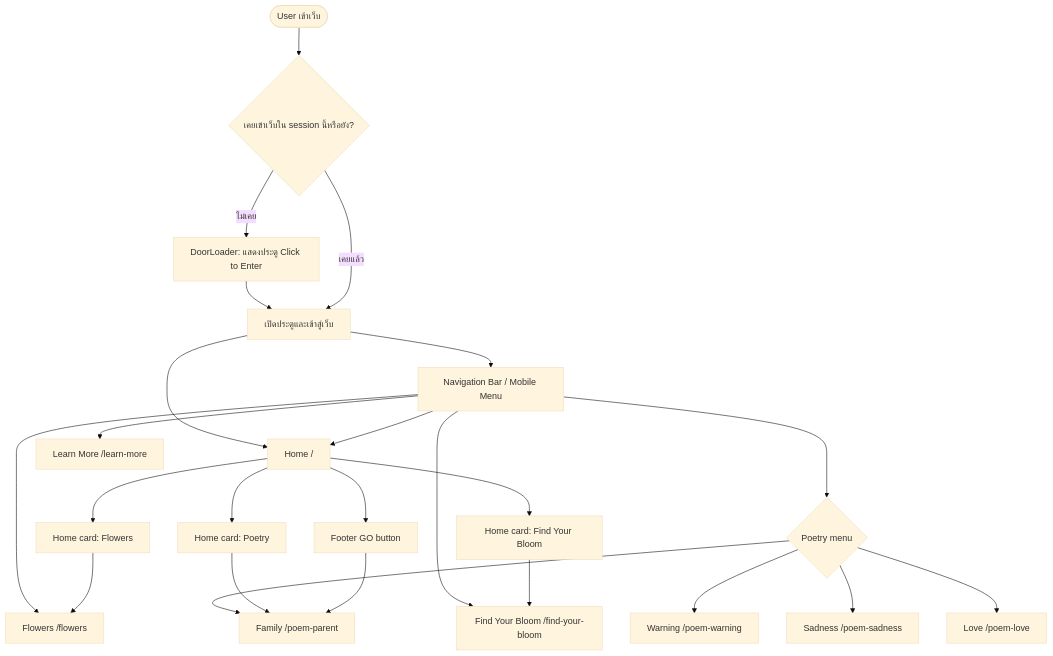
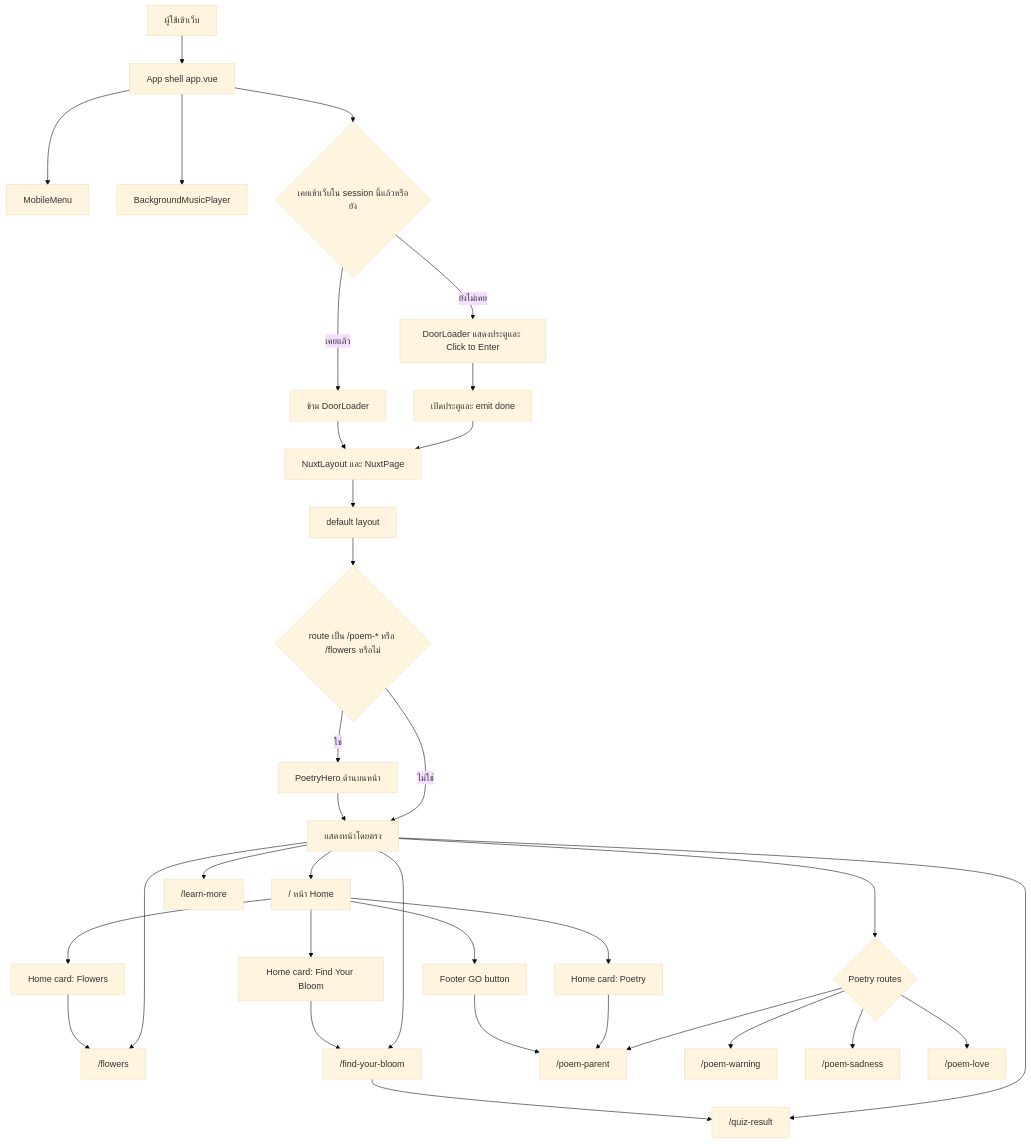
One commit to pawataven/the-sis-web changed the first of 15 diagrams in docs/flowcharts.md. Above: the diagram before and after it, drawn with Mermaid (base theme). The commit also changed other lines of this file and 10 other files, not shown here.

````diff
--- a/docs/flowcharts.md
+++ b/docs/flowcharts.md
@@ -7,31 +8,41 @@
 ```mermaid
 flowchart TD
-  A([User เข้าเว็บ]) --> B{เคยเข้าเว็บใน session นี้หรือยัง?}
-  B -- ไม่เคย --> C[DoorLoader: แสดงประตู Click to Enter]
-  C --> D[เปิดประตูและเข้าสู่เว็บ]
-  B -- เคยแล้ว --> D
+  A["ผู้ใช้เข้าเว็บ"] --> B["App shell app.vue"]
+  B --> C["MobileMenu"]
+  B --> D["BackgroundMusicPlayer"]
+  B --> E{"เคยเข้าเว็บใน session นี้แล้วหรือยัง"}
+  E -- "ยังไม่เคย" --> F["DoorLoader แสดงประตูและ Click to Enter"]
+  F --> G["เปิดประตูและ emit done"]
+  E -- "เคยแล้ว" --> H["ข้าม DoorLoader"]
+  G --> I["NuxtLayout และ NuxtPage"]
+  H --> I
 
-  D --> H[Home /]
-  D --> N[Navigation Bar / Mobile Menu]
+  I --> J["default layout"]
+  J --> K{"route เป็น /poem-* หรือ /flowers หรือไม่"}
+  K -- "ใช่" --> L["PoetryHero ด้านบนหน้า"]
+  K -- "ไม่ใช่" --> M["แสดงหน้าโดยตรง"]
+  L --> M
 
-  N --> H
-  N --> P{Poetry menu}
-  N --> F[Flowers /flowers]
-  N --> Q[Find Your Bloom /find-your-bloom]
-  N --> L[Learn More /learn-more]
+  M --> HOME["/ หน้า Home"]
+  M --> FLOWERS["/flowers"]
+  M --> QUIZ["/find-your-bloom"]
+  M --> RESULT["/quiz-result"]
+  M --> LEARN["/learn-more"]
+  M --> POETRY{"Poetry routes"}
 
-  P --> PF[Family /poem-parent]
-  P --> PW[Warning /poem-warning]
-  P --> PS[Sadness /poem-sadness]
-  P --> PL[Love /poem-love]
+  POETRY --> FAMILY["/poem-parent"]
+  POETRY --> WARNING["/poem-warning"]
+  POETRY --> SADNESS["/poem-sadness"]
+  POETRY --> LOVE["/poem-love"]
 
-  H --> HC1[Home card: Flowers]
-  H --> HC2[Home card: Poetry]
-  H --> HC3[Home card: Find Your Bloom]
-  H --> HGO[Footer GO button]
+  HOME --> HOME_FLOWERS["Home card: Flowers"]
+  HOME --> HOME_POETRY["Home card: Poetry"]
+  HOME --> HOME_QUIZ["Home card: Find Your Bloom"]
+  HOME --> HOME_GO["Footer GO button"]
 
-  HC1 --> F
-  HC2 --> PF
-  HC3 --> Q
-  HGO --> PF
+  HOME_FLOWERS --> FLOWERS
+  HOME_POETRY --> FAMILY
+  HOME_QUIZ --> QUIZ
+  HOME_GO --> FAMILY
+  QUIZ --> RESULT
 ```
````
